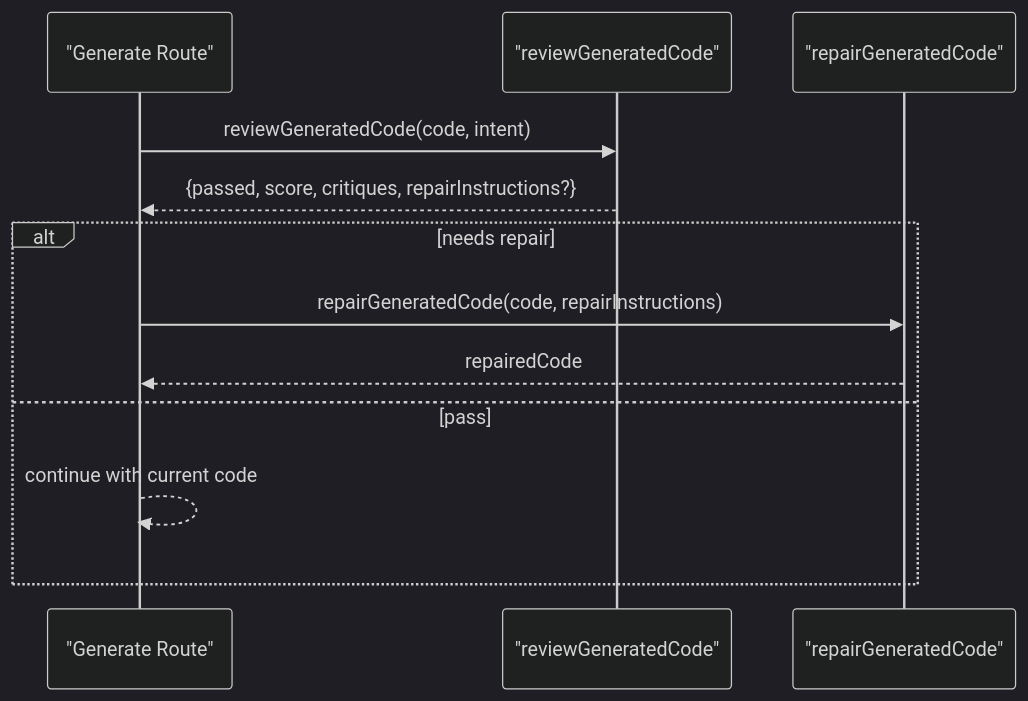
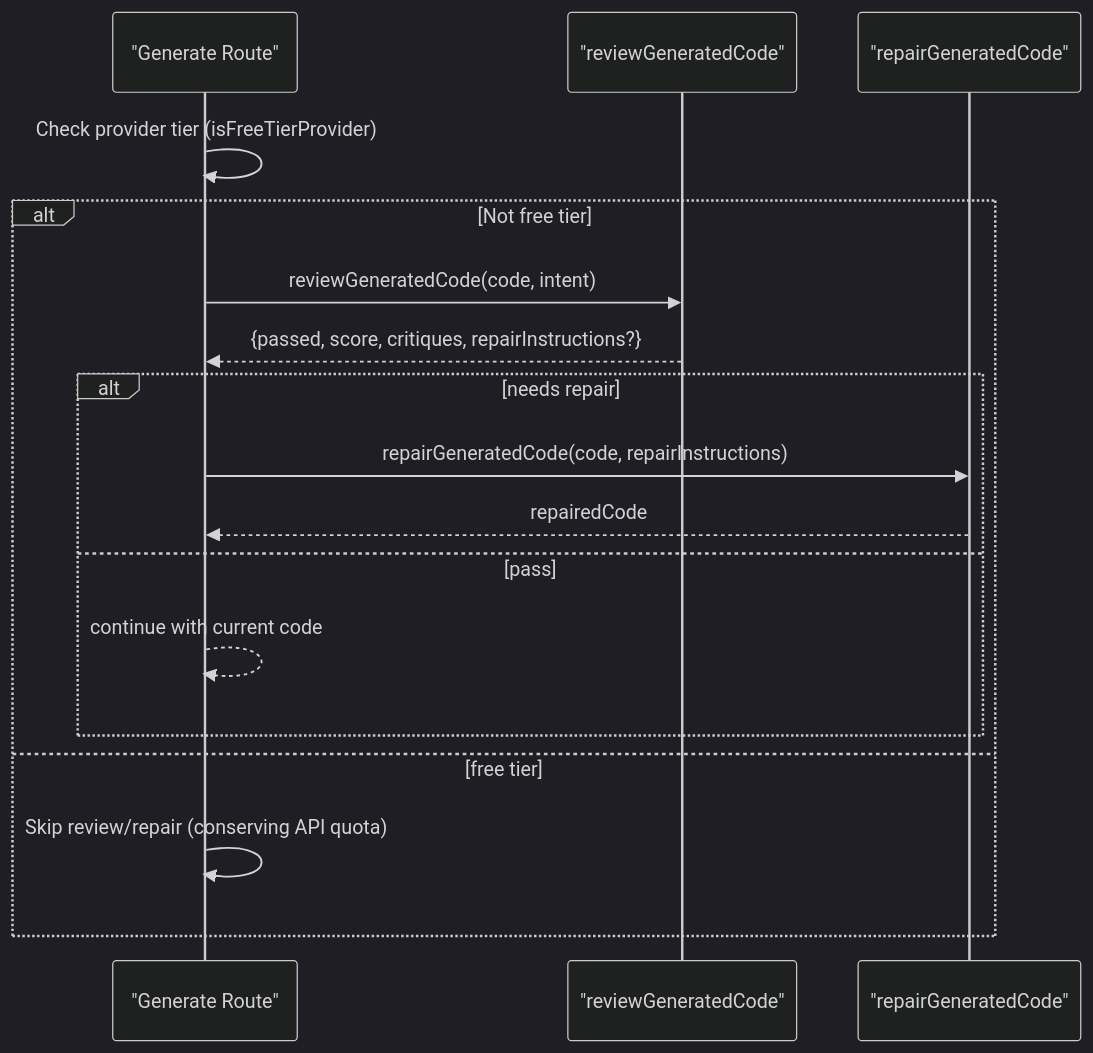
The sixth of 8 diagrams in .qoder/repowiki/en/content/AI Generation Engine/Core Generation Pipeline/Validation & Repair System.md (shekhargiri005-dotcom/AI-powered-accessibility-first-UI-engine), drawn with Mermaid (dark theme) before and after one commit. The commit also changed other lines of this file and 38 other files, not shown here.

````diff
--- a/.qoder/repowiki/en/content/AI Generation Engine/Core Generation Pipeline/Validation & Repair System.md
+++ b/.qoder/repowiki/en/content/AI Generation Engine/Core Generation Pipeline/Validation & Repair System.md
@@ -288,14 +288,19 @@
 ```mermaid
 sequenceDiagram
 participant Route as "Generate Route"
 participant UR as "reviewGeneratedCode"
 participant RR as "repairGeneratedCode"
+Route->>Route : Check provider tier (isFreeTierProvider)
+alt Not free tier
 Route->>UR : reviewGeneratedCode(code, intent)
 UR-->>Route : {passed, score, critiques, repairInstructions?}
 alt needs repair
 Route->>RR : repairGeneratedCode(code, repairInstructions)
 RR-->>Route : repairedCode
 else pass
 Route-->>Route : continue with current code
 end
+else free tier
+Route->>Route : Skip review/repair (conserving API quota)
+end
 ```
````
